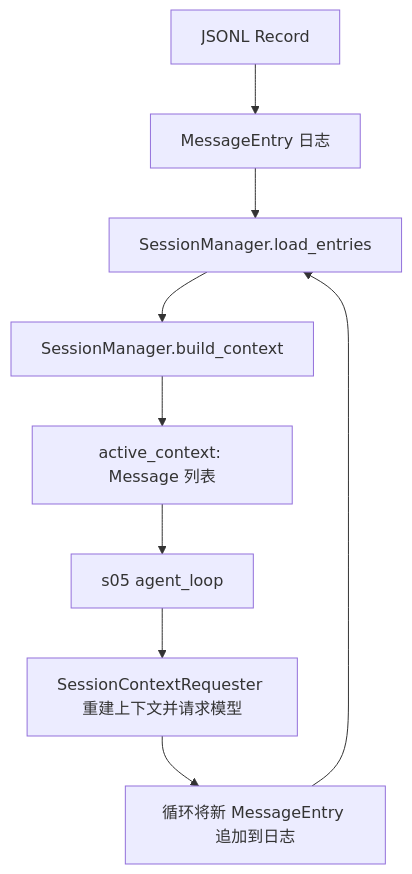
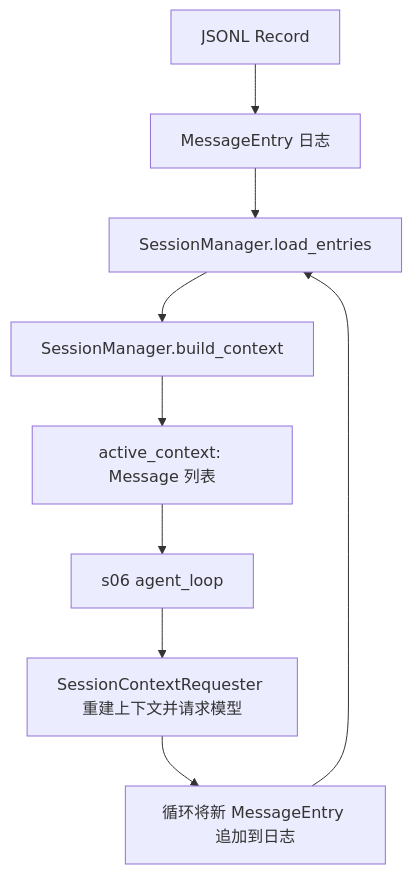
Before and after one commit to liuying151203-create/zero2pi: the diagram in s06_session_context/README.md, drawn with Mermaid. The commit also changed other lines of this file and 3 other files, not shown here.

````diff
--- a/s06_session_context/README.md
+++ b/s06_session_context/README.md
@@ -36,11 +36,11 @@
 ```mermaid
 flowchart TD
     A[JSONL Record] --> B[MessageEntry 日志]
     B --> C[SessionManager.load_entries]
     C --> D[SessionManager.build_context]
     D --> E[active_context: Message 列表]
-    E --> F[s05 agent_loop]
+    E --> F[s06 agent_loop]
     F --> G[SessionContextRequester 重建上下文并请求模型]
     G --> H[循环将新 MessageEntry 追加到日志]
     H --> C
 ```
````
